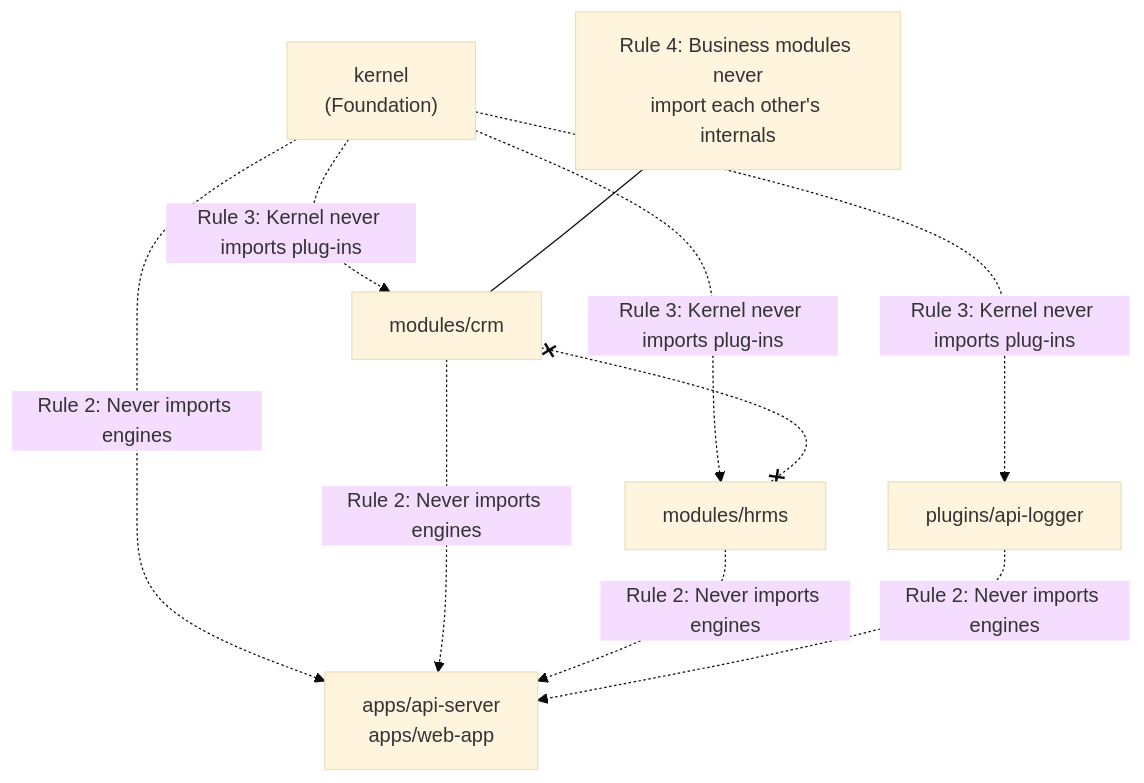
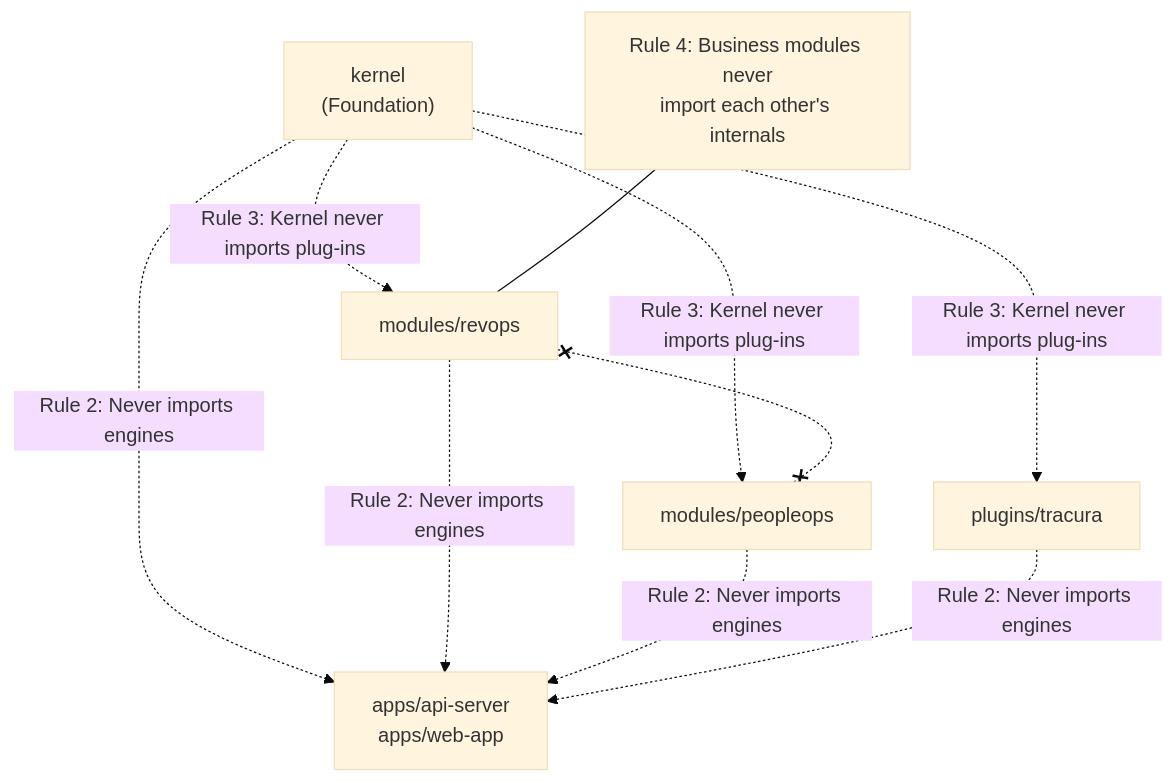
One commit to innostes-dev/erp changed the diagram in apps/landing/content/dev-docs/architecture/plugin-contract.mdx. Above: the diagram before and after it, drawn with Mermaid (base theme). The commit also changed other lines of this file and 189 other files, not shown here.

Commit message:
feat(modules): adopt hybrid naming convention, implement 7 module dashboards, and remove legacy CRM/HRMS identifiers

````diff
--- a/apps/landing/content/dev-docs/architecture/plugin-contract.mdx
+++ b/apps/landing/content/dev-docs/architecture/plugin-contract.mdx
@@ -204,22 +204,22 @@
 ```mermaid
 flowchart TD
   Engine["apps/api-server\napps/web-app"]
   Kernel["kernel\n(Foundation)"]
-  CRM["modules/crm"]
-  HRMS["modules/hrms"]
-  Plugin["plugins/api-logger"]
+  RevOps["modules/revops"]
+  PeopleOps["modules/peopleops"]
+  Plugin["plugins/tracura"]
 
   Kernel -. "Rule 2: Never imports engines" .-> Engine
-  CRM -. "Rule 2: Never imports engines" .-> Engine
-  HRMS -. "Rule 2: Never imports engines" .-> Engine
+  RevOps -. "Rule 2: Never imports engines" .-> Engine
+  PeopleOps -. "Rule 2: Never imports engines" .-> Engine
   Plugin -. "Rule 2: Never imports engines" .-> Engine
 
-  Kernel -. "Rule 3: Kernel never imports plug-ins" .-> CRM
-  Kernel -. "Rule 3: Kernel never imports plug-ins" .-> HRMS
+  Kernel -. "Rule 3: Kernel never imports plug-ins" .-> RevOps
+  Kernel -. "Rule 3: Kernel never imports plug-ins" .-> PeopleOps
   Kernel -. "Rule 3: Kernel never imports plug-ins" .-> Plugin
 
-  CRM x-.-x HRMS
-  note["Rule 4: Business modules never\nimport each other's internals"] --- CRM
+  RevOps x-.-x PeopleOps
+  note["Rule 4: Business modules never\nimport each other's internals"] --- RevOps
 
   classDef forbidden stroke:#ef4444,stroke-width:2px,stroke-dasharray: 5 5;
 ```
````
